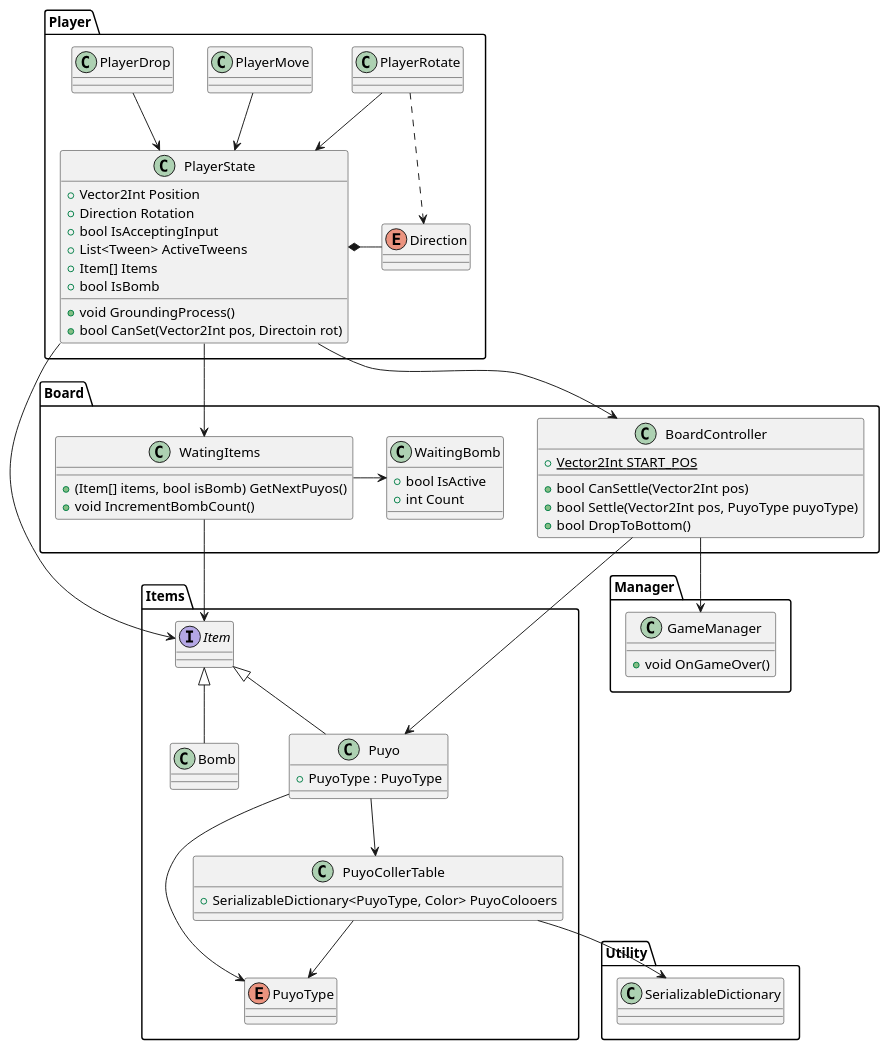
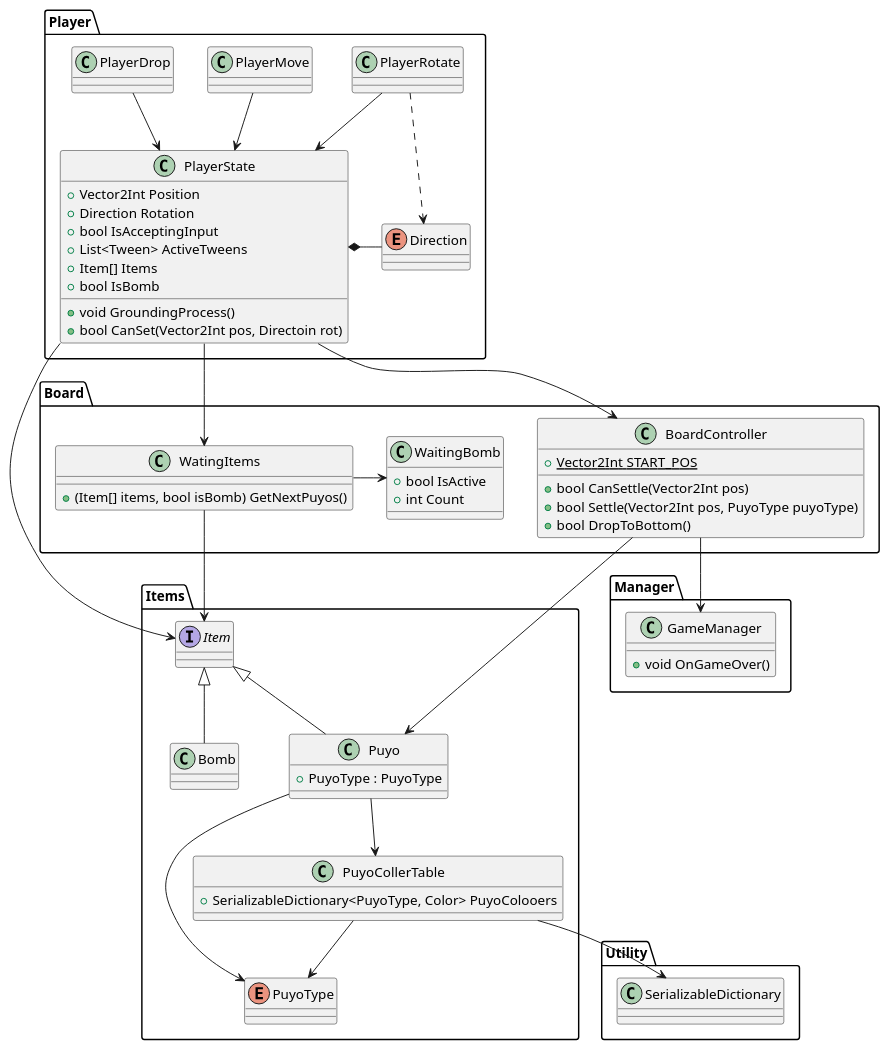
Before and after one commit to snnn30/UniteBlocks: the diagram in puyopuyo.pu, drawn with PlantUML. The commit also changed 3 other files, not shown here.

```diff
--- a/puyopuyo.pu
+++ b/puyopuyo.pu
@@ -1,89 +1,88 @@
 @startuml hoge
 
 namespace Player{
     class PlayerRotate
     class PlayerMove
     class PlayerDrop
     class PlayerState{
         +Vector2Int Position
         +Direction Rotation    
         +bool IsAcceptingInput
         +List<Tween> ActiveTweens
         +Item[] Items
         +bool IsBomb
         +void GroundingProcess()
         +bool CanSet(Vector2Int pos, Directoin rot)
     }
     enum Direction
 
     PlayerDrop --> PlayerState
     PlayerRotate --> PlayerState
     PlayerMove --> PlayerState
     PlayerRotate ..> Direction
     PlayerState *- Direction
 }
 
 namespace Items{
     interface Item
     class Bomb
     class Puyo{
         +PuyoType : PuyoType
     }
     class PuyoCollerTable{
         +SerializableDictionary<PuyoType, Color> PuyoColooers
     }
     enum PuyoType
 
     Item <|-- Puyo
     Item <|-- Bomb
     Puyo --> PuyoCollerTable
     Puyo --> PuyoType
     PuyoCollerTable --> PuyoType
 }
 
 namespace Utility{
     class SerializableDictionary
 }
 
 namespace Manager{
     class GameManager{
         +void OnGameOver()
     }
 }
 
 
 namespace Board{
     class WaitingBomb{
         +bool IsActive
         +int Count
     }
 
     class WatingItems{
         +(Item[] items, bool isBomb) GetNextPuyos()
-        +void IncrementBombCount()
     }
 
     class BoardController{
         {static} +Vector2Int START_POS
         +bool CanSettle(Vector2Int pos) 
         +bool Settle(Vector2Int pos, PuyoType puyoType)
         +bool DropToBottom()
     }
 
     WaitingBomb <- WatingItems 
 }
 
 
 
 PuyoCollerTable --> SerializableDictionary
 
 PlayerState --> Item
 PlayerState --> BoardController
 PlayerState --> WatingItems
 
 WatingItems --> Item
 BoardController --> Puyo
 BoardController --> GameManager
 
 
 @enduml
```
